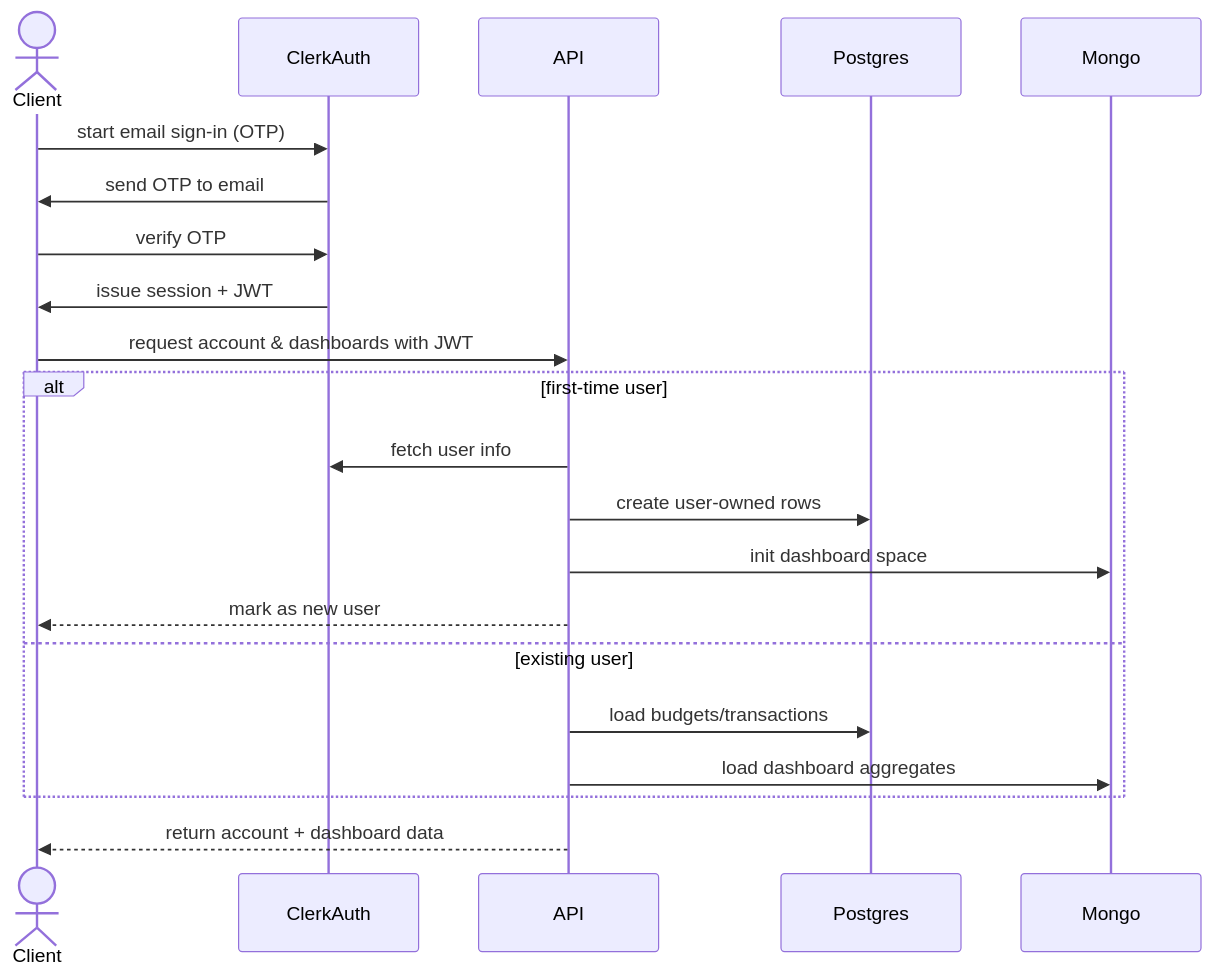
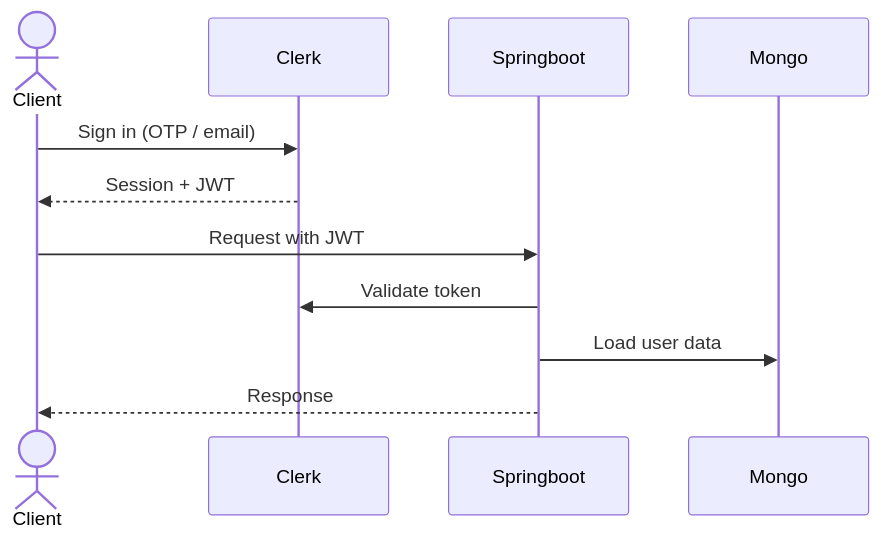
Before and after one commit to l-quincy01/docstack: the second of 5 diagrams in README.md, drawn with Mermaid. The commit also changed other lines of this file and 12 other files, not shown here.

````diff
--- a/README.md
+++ b/README.md
@@ -77,20 +143,15 @@
 ```mermaid
 sequenceDiagram
     actor Client
-    Client ->> ClerkAuth: start email sign-in (OTP)
-    ClerkAuth ->> Client: send OTP to email
-    Client ->> ClerkAuth: verify OTP
-    ClerkAuth ->> Client: issue session + JWT
+    participant Clerk
+    participant Springboot
+    participant Mongo
 
-    Client ->> API: request account & dashboards with JWT
-    alt first-time user
-        API ->> ClerkAuth: fetch user info
-        API ->> Postgres: create user-owned rows
-        API ->> Mongo: init dashboard space
-        API -->> Client: mark as new user
-    else existing user
-        API ->> Postgres: load budgets/transactions
-        API ->> Mongo: load dashboard aggregates
-    end
-    API -->> Client: return account + dashboard data
+    Client ->> Clerk: Sign in (OTP / email)
+    Clerk -->> Client: Session + JWT
+
+    Client ->> Springboot: Request with JWT
+    Springboot ->> Clerk: Validate token
+    Springboot ->> Mongo: Load user data
+    Springboot -->> Client: Response
 ```
````
